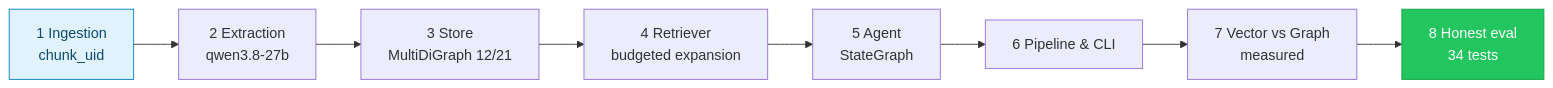
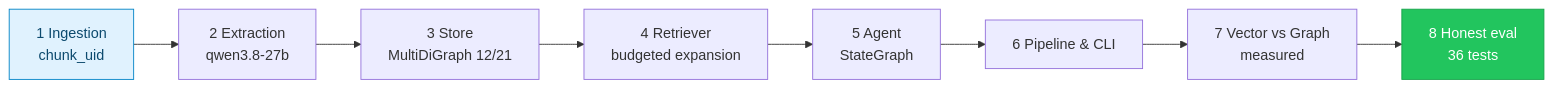
The first of 7 diagrams in README.md (manishwvn/graph_rag), drawn with Mermaid before and after one commit. The commit also changed other lines of this file and 8 other files, not shown here.

First line of the commit message:
feat: cache judge verdicts, pace the graph build, resolve entity stubs

````diff
--- a/README.md
+++ b/README.md
@@ -38,12 +38,12 @@
 ```mermaid
 graph LR
   E1["1 Ingestion<br/>chunk_uid"] --> E2["2 Extraction<br/>qwen3.8-27b"]
   E2 --> E3["3 Store<br/>MultiDiGraph 12/21"]
   E3 --> E4["4 Retriever<br/>budgeted expansion"]
   E4 --> E5["5 Agent<br/>StateGraph"]
   E5 --> E6["6 Pipeline & CLI"]
   E6 --> E7["7 Vector vs Graph<br/>measured"]
-  E7 --> E8["8 Honest eval<br/>34 tests"]
+  E7 --> E8["8 Honest eval<br/>36 tests"]
   style E8 fill:#22C55E,stroke:#16A34A,color:#fff
   style E1 fill:#E0F2FE,stroke:#0284C7,color:#0C4A6E
 ```
````
